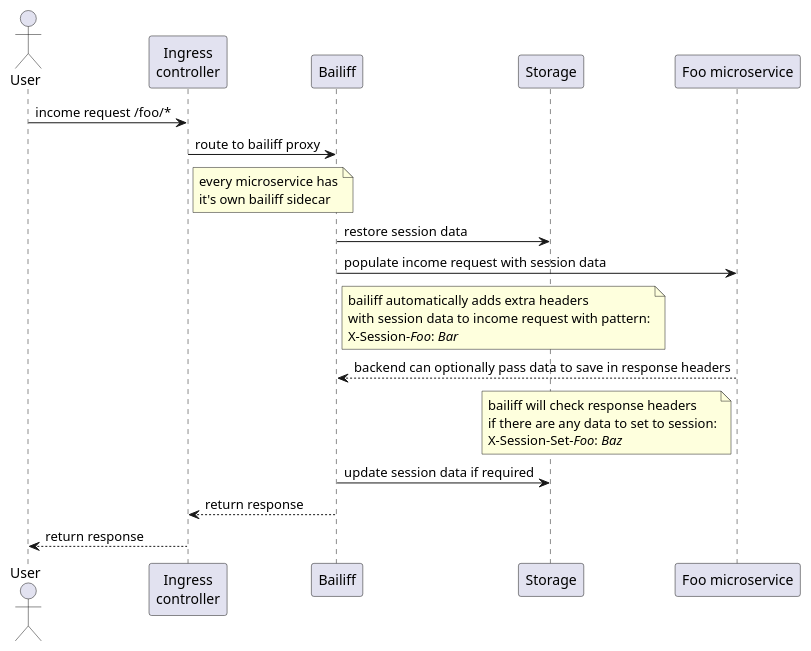
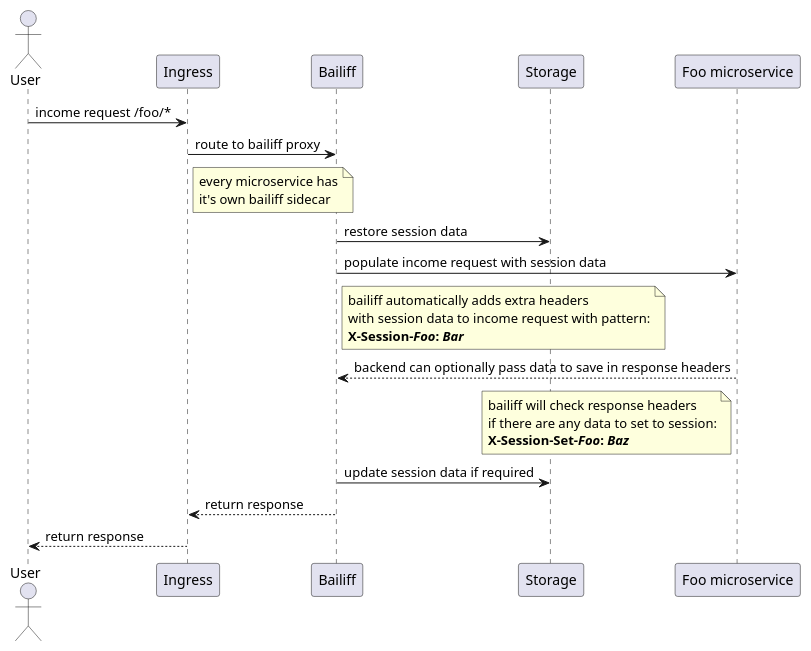
One commit to the-bailiff/bailiff changed the diagram in docs/concept.puml. Above: the diagram before and after it, drawn with PlantUML. The commit also changed 2 other files, not shown here.

```diff
--- a/docs/concept.puml
+++ b/docs/concept.puml
@@ -1,36 +1,36 @@
 @startuml
 actor User as user
-participant "Ingress\ncontroller" as ingress
+participant "Ingress" as ingress
 participant "Bailiff" as bailiff
 participant "Storage" as storage
 participant "Foo microservice" as ms
 
 user -> ingress: income request /foo/*
 
 ingress -> bailiff: route to bailiff proxy
 note right ingress
 every microservice has
 it's own bailiff sidecar
 end note
 
 bailiff -> storage: restore session data
 
 bailiff -> ms: populate income request with session data
 note right bailiff
 bailiff automatically adds extra headers
 with session data to income request with pattern:
-X-Session-//Foo//: //Bar//
+<b>X-Session-//Foo//: //Bar//</b>
 end note
 
 ms ---> bailiff: backend can optionally pass data to save in response headers
 note left ms
 bailiff will check response headers
 if there are any data to set to session:
-X-Session-Set-//Foo//: //Baz//
+<b>X-Session-Set-//Foo//: //Baz//</b>
 end note
 
 bailiff -> storage: update session data if required
 bailiff ---> ingress: return response
 ingress ---> user: return response
 
 @enduml
```
